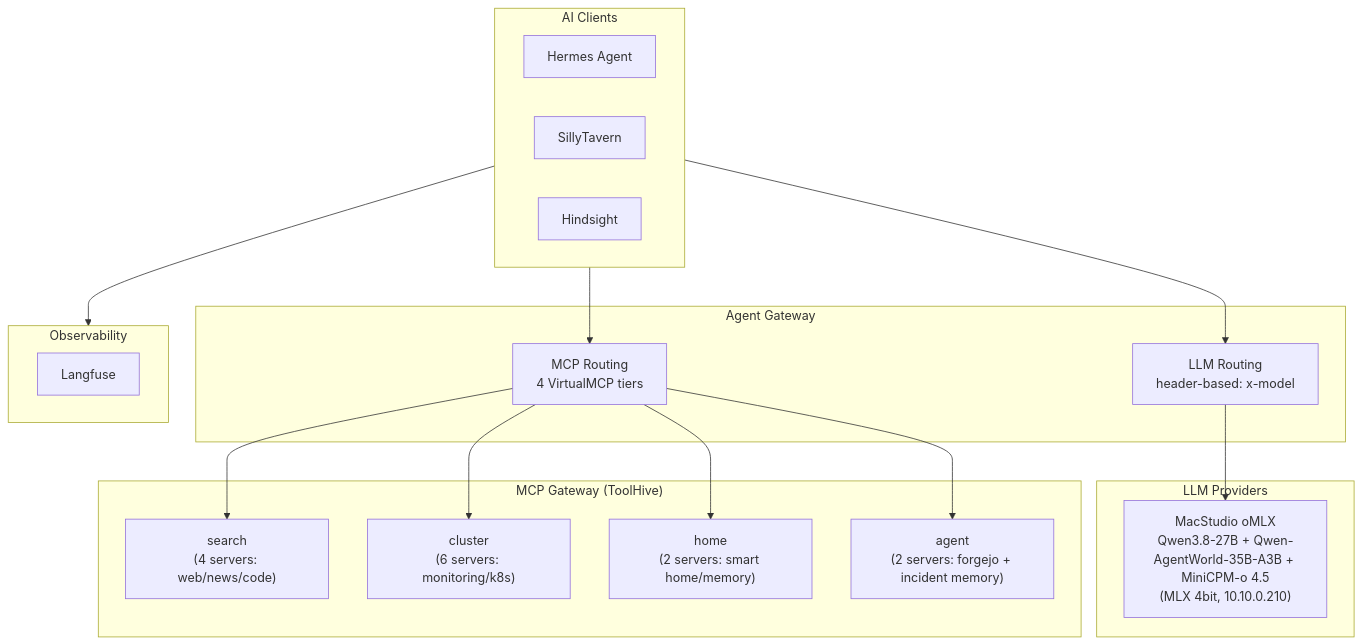
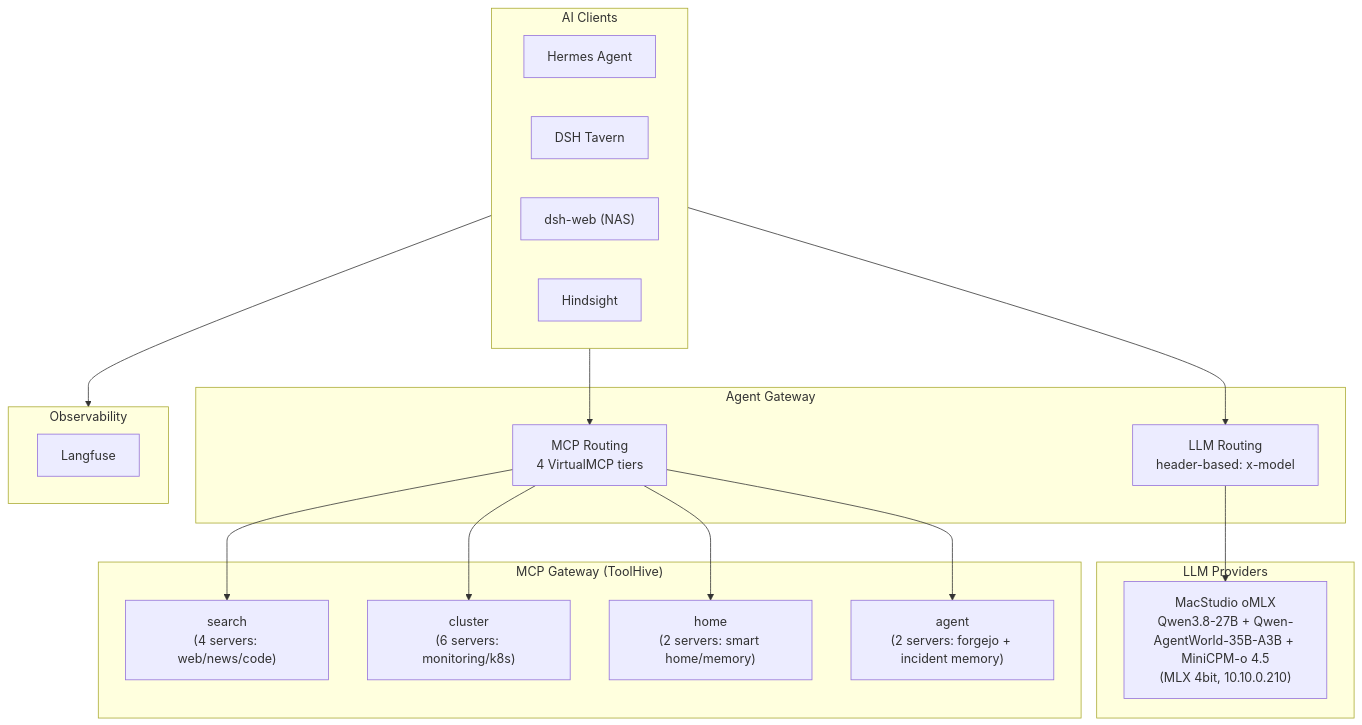
The diagram in docs/application/ai.md (soulwhisper/home-ops), drawn with Mermaid before and after one commit. The commit also changed other lines of this file and 81 other files, not shown here.

First line of the commit message:
ai: deploy dsh-tavern (cluster) + dsh-web (NAS); archive open-webui/sillytavern (#4234)

````diff
--- a/docs/application/ai.md
+++ b/docs/application/ai.md
@@ -8,37 +8,38 @@
 ```mermaid
 flowchart TB
     subgraph Clients["AI Clients"]
         Hermes["Hermes Agent"]
-        ST["SillyTavern"]
+        Tavern["DSH Tavern"]
+        DSHW["dsh-web (NAS)"]
         HS["Hindsight"]
     end
 
     subgraph Gateway["Agent Gateway"]
         AG-LLM["LLM Routing<br/>header-based: x-model"]
         AG-MCP["MCP Routing<br/>4 VirtualMCP tiers"]
     end
 
     subgraph LLM["LLM Providers"]
         Studio["MacStudio oMLX<br/>Qwen3.8-27B + Qwen-AgentWorld-35B-A3B + MiniCPM-o 4.5<br/>(MLX 4bit, 10.10.0.210)"]
     end
 
     subgraph MCP["MCP Gateway (ToolHive)"]
         VMCP-SEARCH["search<br/>(4 servers: web/news/code)"]
         VMCP-CLUSTER["cluster<br/>(6 servers: monitoring/k8s)"]
         VMCP-HOME["home<br/>(2 servers: smart home/memory)"]
         VMCP-AGENT["agent<br/>(2 servers: forgejo + incident memory)"]
     end
 
     subgraph Obs["Observability"]
         Langfuse["Langfuse"]
     end
 
     Clients --> AG-LLM
     Clients --> AG-MCP
     AG-LLM --> Studio
     AG-MCP --> VMCP-SEARCH
     AG-MCP --> VMCP-CLUSTER
     AG-MCP --> VMCP-HOME
     AG-MCP --> VMCP-AGENT
     Clients --> Obs
 ```
````
